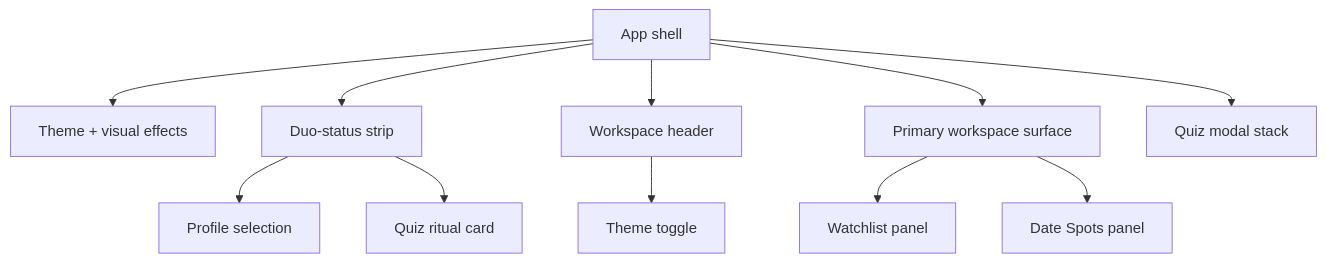
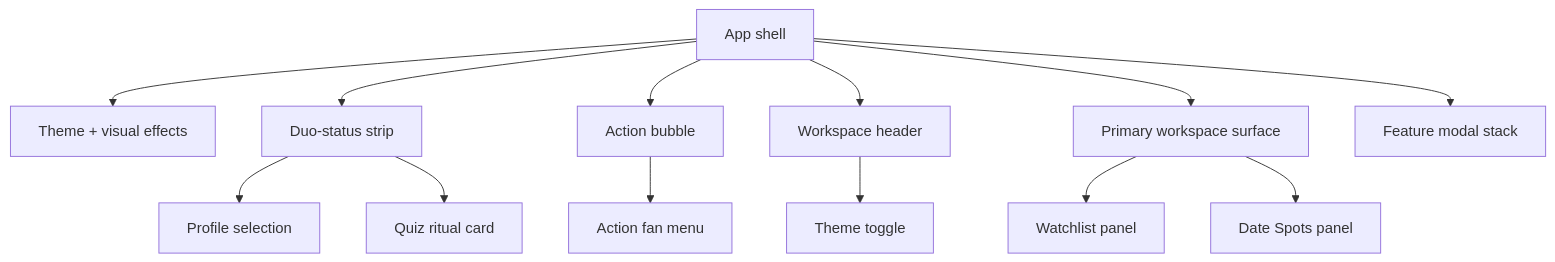
Before and after one commit to guitarbeat/electron: the diagram in docs/SITE_LAYOUT.md, drawn with Mermaid. The commit also changed other lines of this file and 2 other files, not shown here.

Commit message:
Restore action bubble menu and mini-game modals

````diff
--- a/docs/SITE_LAYOUT.md
+++ b/docs/SITE_LAYOUT.md
@@ -163,14 +175,16 @@
 ```mermaid
 flowchart TD
   App["App shell"]
   App --> Effects["Theme + visual effects"]
   App --> Duo["Duo-status strip"]
   Duo --> Profiles["Profile selection"]
   Duo --> Quiz["Quiz ritual card"]
+  App --> Bubble["Action bubble"]
+  Bubble --> Fan["Action fan menu"]
   App --> Header["Workspace header"]
   Header --> Toggle["Theme toggle"]
   App --> Surface["Primary workspace surface"]
   Surface --> Watch["Watchlist panel"]
   Surface --> Places["Date Spots panel"]
-  App --> Modal["Quiz modal stack"]
+  App --> Modal["Feature modal stack"]
 ```
````
